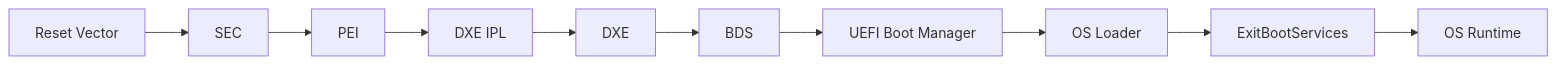
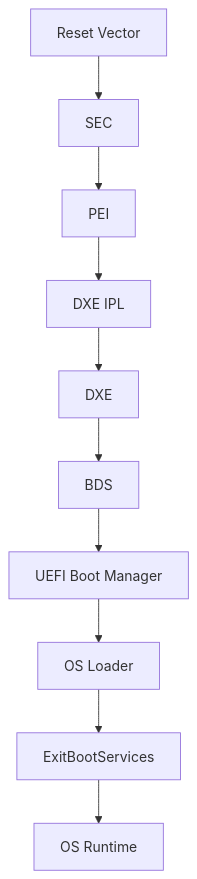
Before and after one commit to davidchen0970/BIOS_Porting_Reference: the first of 4 diagrams in 01_part_1_uefi_architecture_and_boot_flow/02_sec_pei_dxe_and_bds_boot_flow.md, drawn with Mermaid. The commit also changed 1 other file, not shown here.

````diff
--- a/01_part_1_uefi_architecture_and_boot_flow/02_sec_pei_dxe_and_bds_boot_flow.md
+++ b/01_part_1_uefi_architecture_and_boot_flow/02_sec_pei_dxe_and_bds_boot_flow.md
@@ -48,12 +48,12 @@
 ```mermaid
-flowchart LR
+flowchart TD
     A[Reset Vector] --> B[SEC]
     B --> C[PEI]
     C --> D[DXE IPL]
     D --> E[DXE]
     E --> F[BDS]
     F --> G[UEFI Boot Manager]
     G --> H[OS Loader]
     H --> I[ExitBootServices]
     I --> J[OS Runtime]
 ```
````
